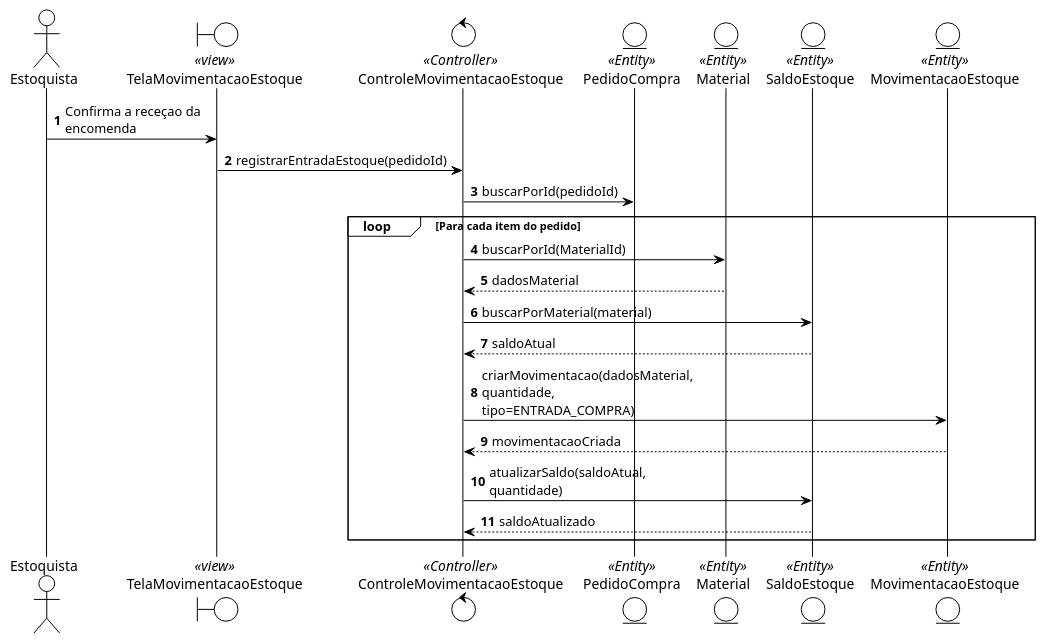
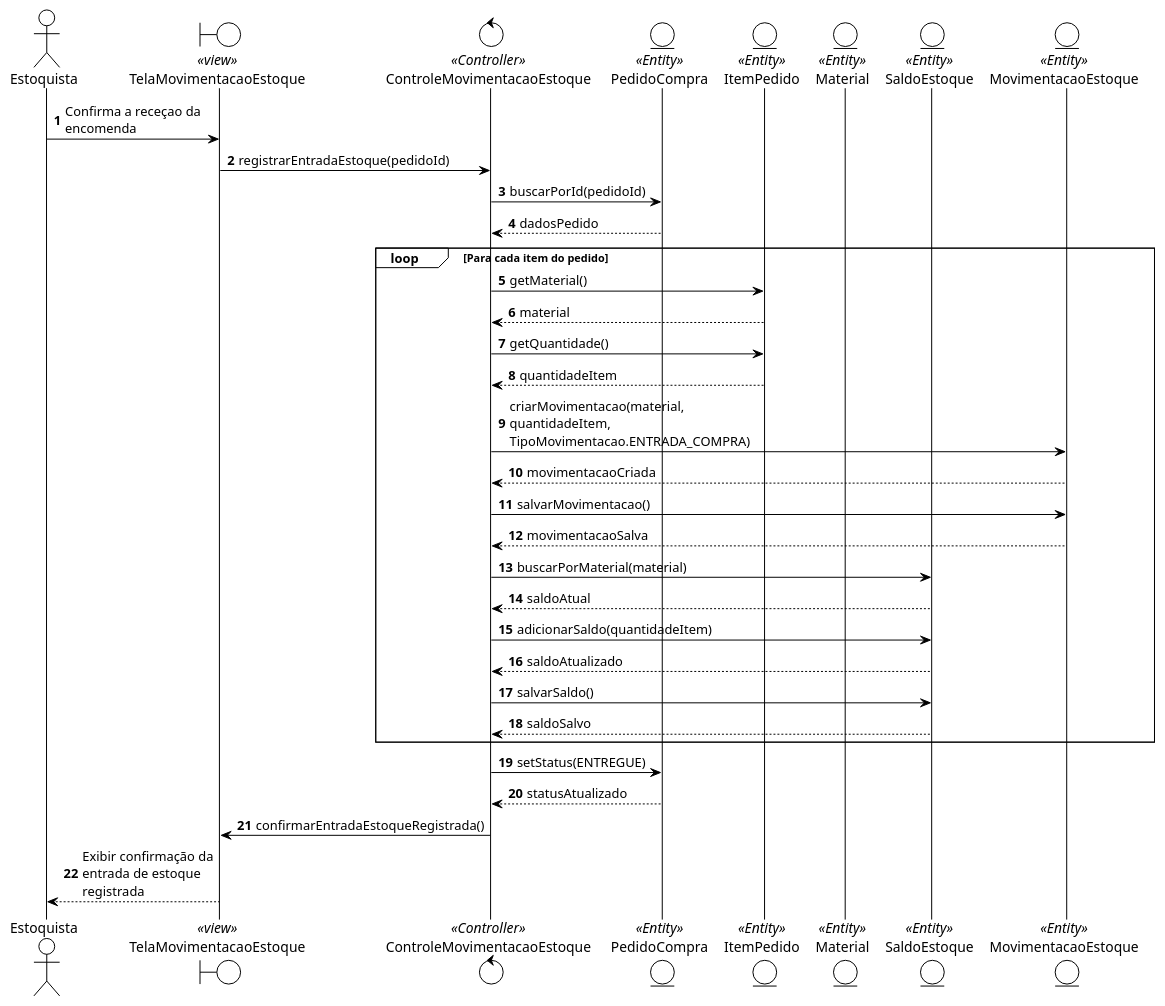
The diagram in Diagramas dinamicos/Modulo Estoque/EstoquesEntrada.puml (bernardoanobrega/oBRAS), drawn with PlantUML before and after one commit. The commit also changed 4 other files, not shown here.

Commit message:
Atualizacao no diagrama de estoques e compras

```diff
--- a/Diagramas dinamicos/Modulo Estoque/EstoquesEntrada.puml
+++ b/Diagramas dinamicos/Modulo Estoque/EstoquesEntrada.puml
@@ -1,32 +1,49 @@
 @startuml
 !theme plain
 skinparam maxMessageSize 150
 autonumber
 
 actor "Estoquista" as user
 boundary "TelaMovimentacaoEstoque" as view <<view>>
 control "ControleMovimentacaoEstoque" as ctrl <<Controller>>
 entity "PedidoCompra" as pedido <<Entity>>
+entity "ItemPedido" as item <<Entity>>
 entity "Material" as material <<Entity>>
 entity "SaldoEstoque" as saldo <<Entity>>
 entity "MovimentacaoEstoque" as movimentacao <<Entity>>
 
 user -> view : Confirma a receçao da encomenda
 view -> ctrl : registrarEntradaEstoque(pedidoId)
+
 ctrl -> pedido : buscarPorId(pedidoId)
+return dadosPedido
 
 loop Para cada item do pedido
-    ctrl -> material : buscarPorId(MaterialId)
-    return dadosMaterial
+    ctrl -> item : getMaterial()
+    return material
+
+    ctrl -> item: getQuantidade()
+    return quantidadeItem
+
+    ctrl -> movimentacao : criarMovimentacao(material, quantidadeItem, TipoMovimentacao.ENTRADA_COMPRA)
+    return movimentacaoCriada
+
+    ctrl -> movimentacao : salvarMovimentacao()
+    return movimentacaoSalva
 
     ctrl -> saldo : buscarPorMaterial(material)
     return saldoAtual
 
-    ctrl -> movimentacao : criarMovimentacao(dadosMaterial, quantidade, tipo=ENTRADA_COMPRA)
-    return movimentacaoCriada
+    ctrl -> saldo : adicionarSaldo(quantidadeItem)
+    return saldoAtualizado
 
-    ctrl -> saldo : atualizarSaldo(saldoAtual, quantidade)
-    return saldoAtualizado
+    ctrl -> saldo : salvarSaldo()
+    return saldoSalvo
 end
 
+ctrl -> pedido : setStatus(ENTREGUE)
+return statusAtualizado
+
+ctrl -> view : confirmarEntradaEstoqueRegistrada()
+view --> user : Exibir confirmação da entrada de estoque registrada
 @enduml
```
